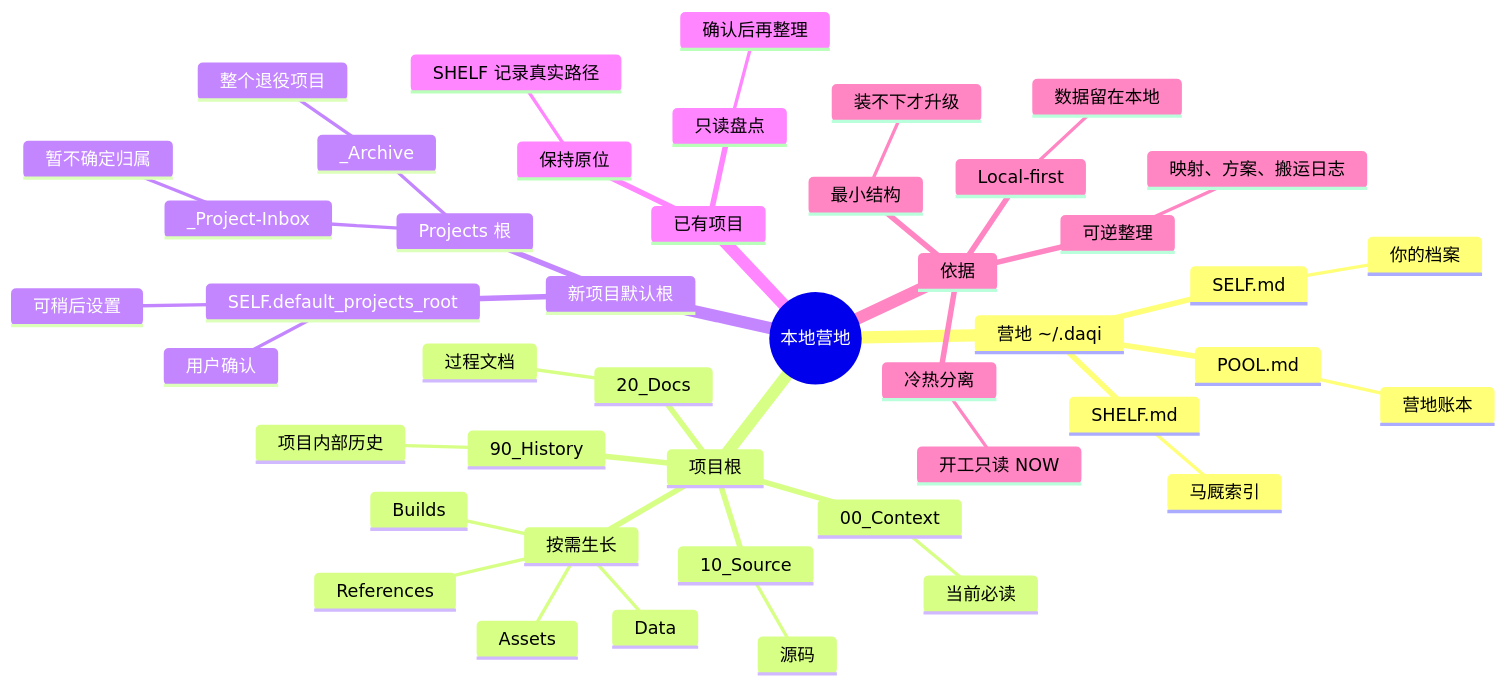
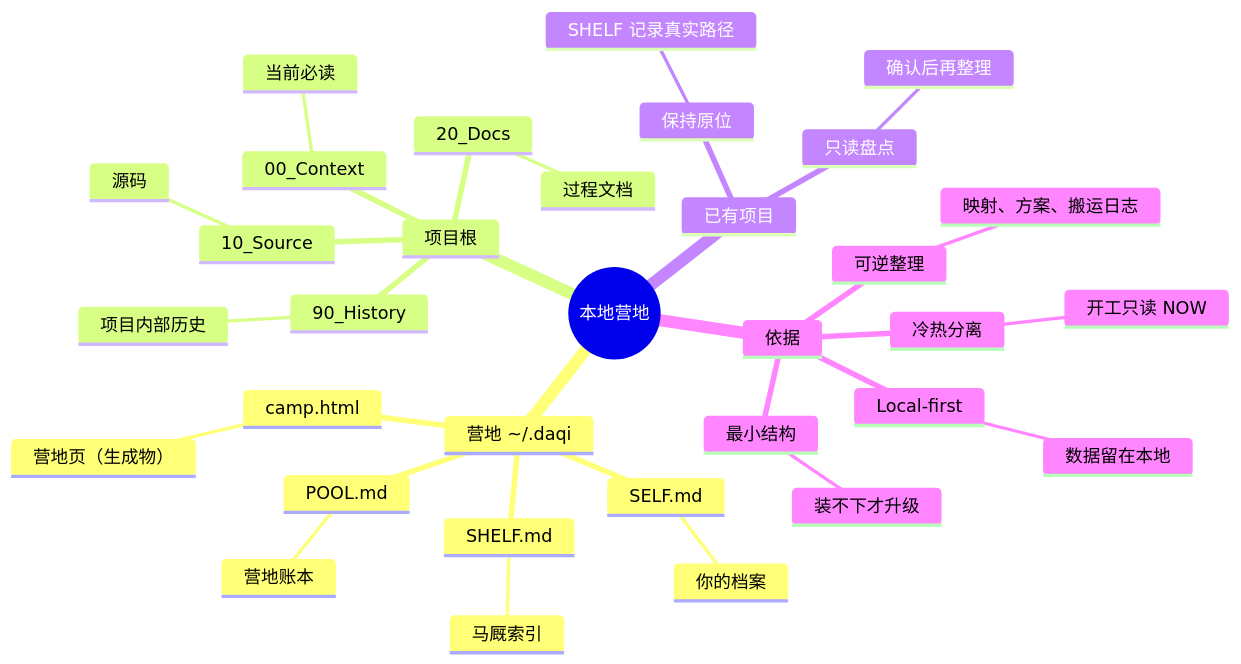
The second of 2 diagrams in README.zh-CN.md (pakco77/daqi.skill), drawn with Mermaid before and after one commit. The commit also changed other lines of this file and 3 other files, not shown here.

````diff
--- a/README.zh-CN.md
+++ b/README.zh-CN.md
@@ -263,48 +144,36 @@
 ```mermaid
 mindmap
   root((本地营地))
     营地 ~/.daqi
       SELF.md
         你的档案
       SHELF.md
         马厩索引
       POOL.md
         营地账本
+      camp.html
+        营地页（生成物）
     项目根
       00_Context
         当前必读
       10_Source
         源码
       20_Docs
         过程文档
       90_History
         项目内部历史
-      按需生长
-        Assets
-        Builds
-        Data
-        References
-    新项目默认根
-      SELF.default_projects_root
-        用户确认
-        可稍后设置
-      Projects 根
-        _Project-Inbox
-          暂不确定归属
-        _Archive
-          整个退役项目
     已有项目
       保持原位
         SHELF 记录真实路径
       只读盘点
         确认后再整理
     依据
       Local-first
         数据留在本地
       冷热分离
         开工只读 NOW
       最小结构
         装不下才升级
       可逆整理
         映射、方案、搬运日志
 ```
````
